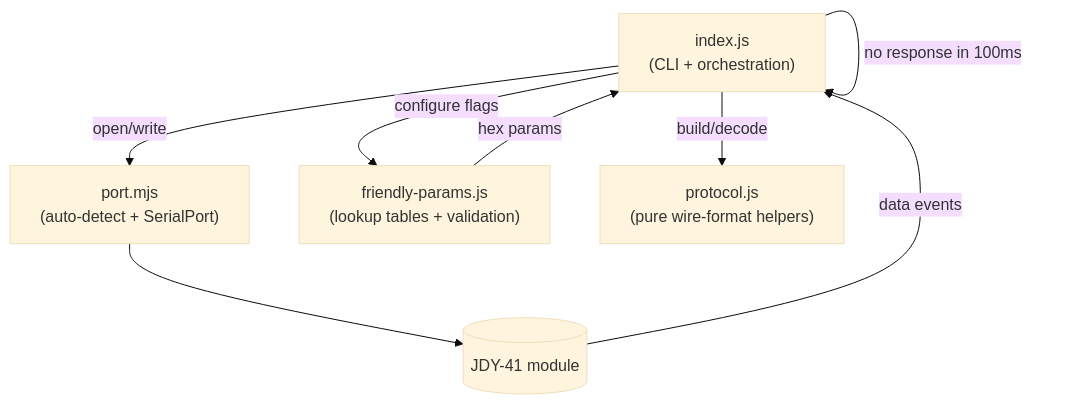
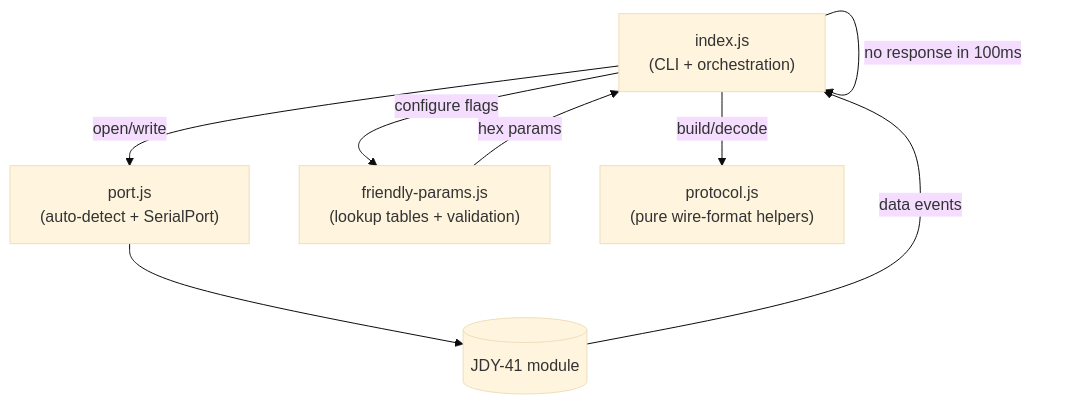
The diagram in README.md (oleksiisedun/jdy-41), drawn with Mermaid (base theme) before and after one commit. The commit also changed other lines of this file and 4 other files, not shown here.

First line of the commit message:
Rename port.mjs to port.js

````diff
--- a/README.md
+++ b/README.md
@@ -21,10 +21,10 @@
 ```mermaid
 graph TD
-  CLI["index.js\n(CLI + orchestration)"] -->|open/write| Port["port.mjs\n(auto-detect + SerialPort)"]
+  CLI["index.js\n(CLI + orchestration)"] -->|open/write| Port["port.js\n(auto-detect + SerialPort)"]
   CLI -->|configure flags| Friendly["friendly-params.js\n(lookup tables + validation)"]
   Friendly -->|hex params| CLI
   CLI -->|build/decode| Protocol["protocol.js\n(pure wire-format helpers)"]
   Port --> Device[("JDY-41 module")]
   Device -->|data events| CLI
   CLI -->|no response in 100ms| CLI
 ```
````
